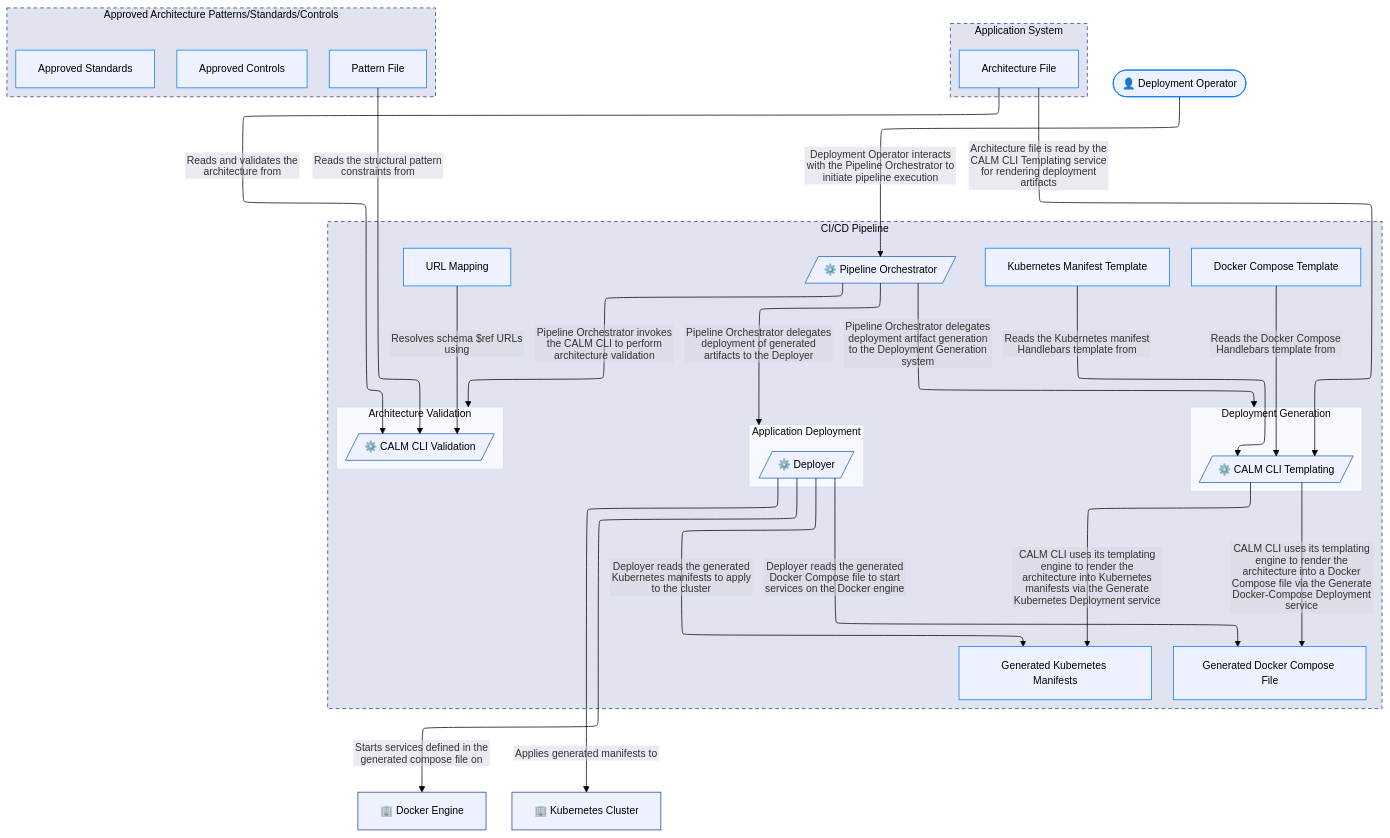
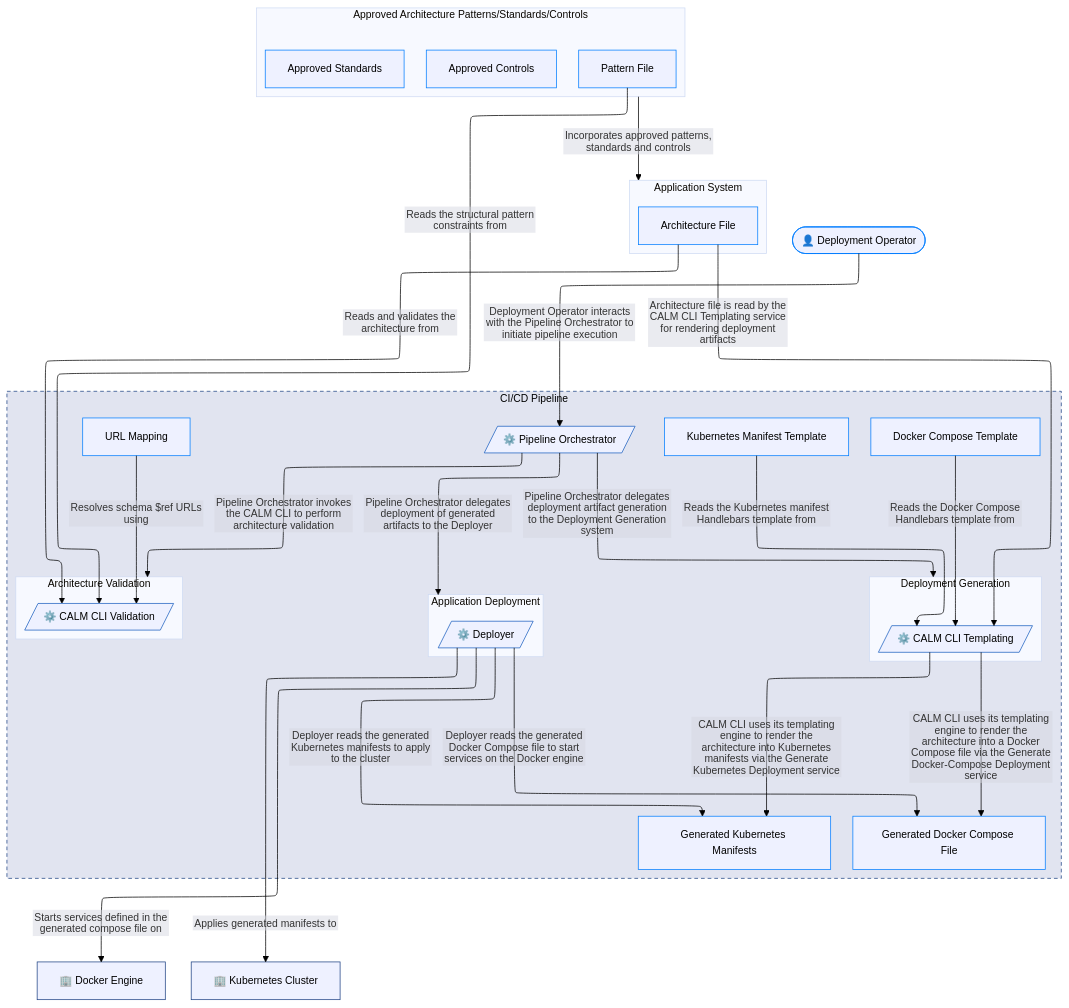
One commit to jimthompson5802/my-fullstack-app changed the first of 3 diagrams in docs/calm/ci-cd-pipeline-architecture.md. Above: the diagram before and after it, drawn with Mermaid. The commit also changed 1 other file, not shown here.

Commit message:
Add incorporation of approved architecture patterns into application system

```diff
--- a/docs/calm/ci-cd-pipeline-architecture.md
+++ b/docs/calm/ci-cd-pipeline-architecture.md
@@ -85,6 +85,7 @@
     deployer -->|Deployer reads the generated Docker Compose file to start services on the Docker engine| dc-compose-output
     deployer -->|Applies generated manifests to| kubernetes-cluster
     deployer -->|Starts services defined in the generated compose file on| docker-engine
+    approved-architecture-patterns-standards-controls -->|Incorporates approved patterns, standards and controls| application-system
 
 
 
```
